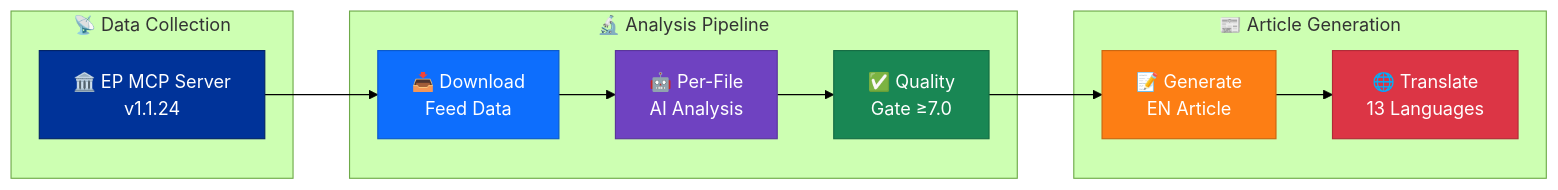
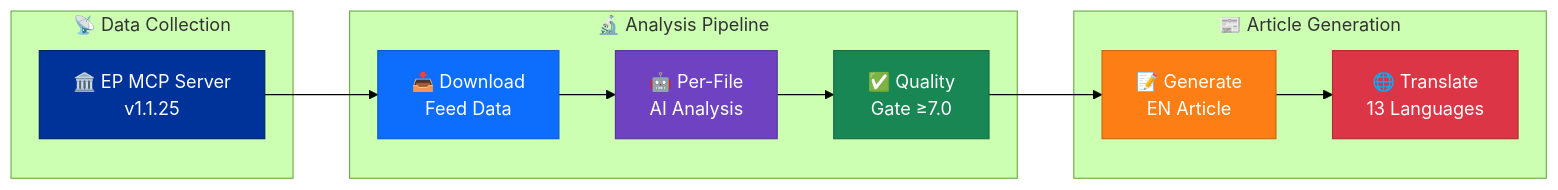
Before and after one commit to Hack23/euparliamentmonitor: the first of 7 diagrams in docs/api/media/README-3.md, drawn with Mermaid (forest theme). The commit also changed other lines of this file and 29 other files, not shown here.

First line of the commit message:
chore: update european-parliament-mcp-server version to 1.1.25 in all workflows, configs, and docs

````diff
--- a/docs/api/media/README-3.md
+++ b/docs/api/media/README-3.md
@@ -59,26 +59,26 @@
 ```mermaid
 flowchart LR
     subgraph "📡 Data Collection"
-        EP["🏛️ EP MCP Server\nv1.1.24"]
+        EP["🏛️ EP MCP Server\nv1.1.25"]
     end
 
     subgraph "🔬 Analysis Pipeline"
         DL["📥 Download\nFeed Data"]
         AI["🤖 Per-File\nAI Analysis"]
         QG["✅ Quality\nGate ≥7.0"]
     end
 
     subgraph "📰 Article Generation"
         GEN["📝 Generate\nEN Article"]
         TR["🌐 Translate\n13 Languages"]
     end
 
     EP --> DL --> AI --> QG --> GEN --> TR
 
     style EP fill:#003399,stroke:#002266,color:#fff
     style DL fill:#0d6efd,stroke:#0a58ca,color:#fff
     style AI fill:#6f42c1,stroke:#59359a,color:#fff
     style QG fill:#198754,stroke:#146c43,color:#fff
     style GEN fill:#fd7e14,stroke:#ca6510,color:#fff
     style TR fill:#dc3545,stroke:#b02a37,color:#fff
 ```
````
